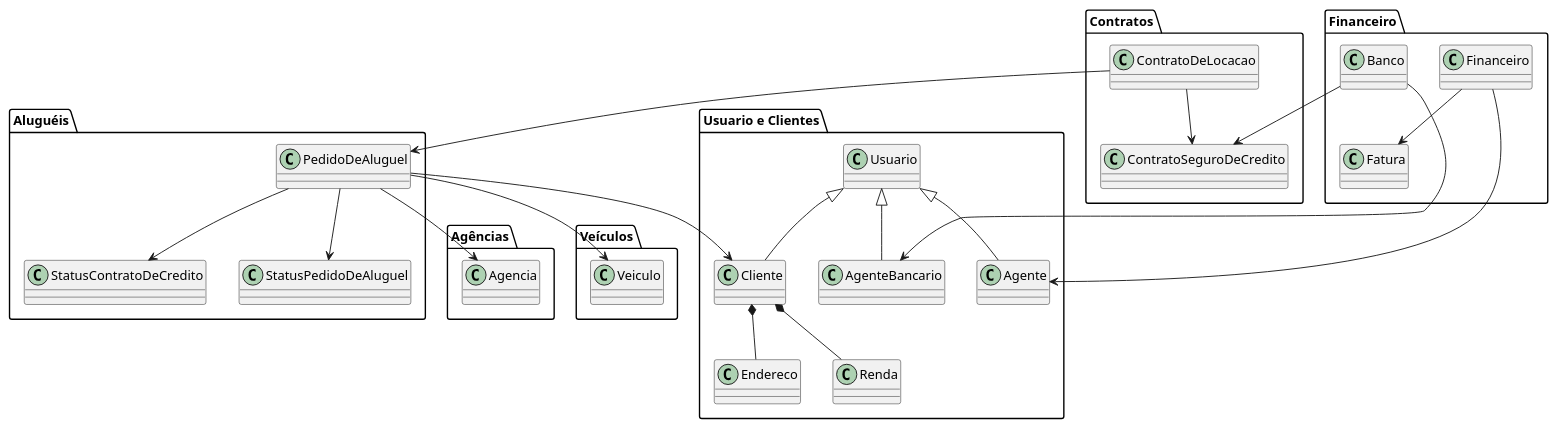
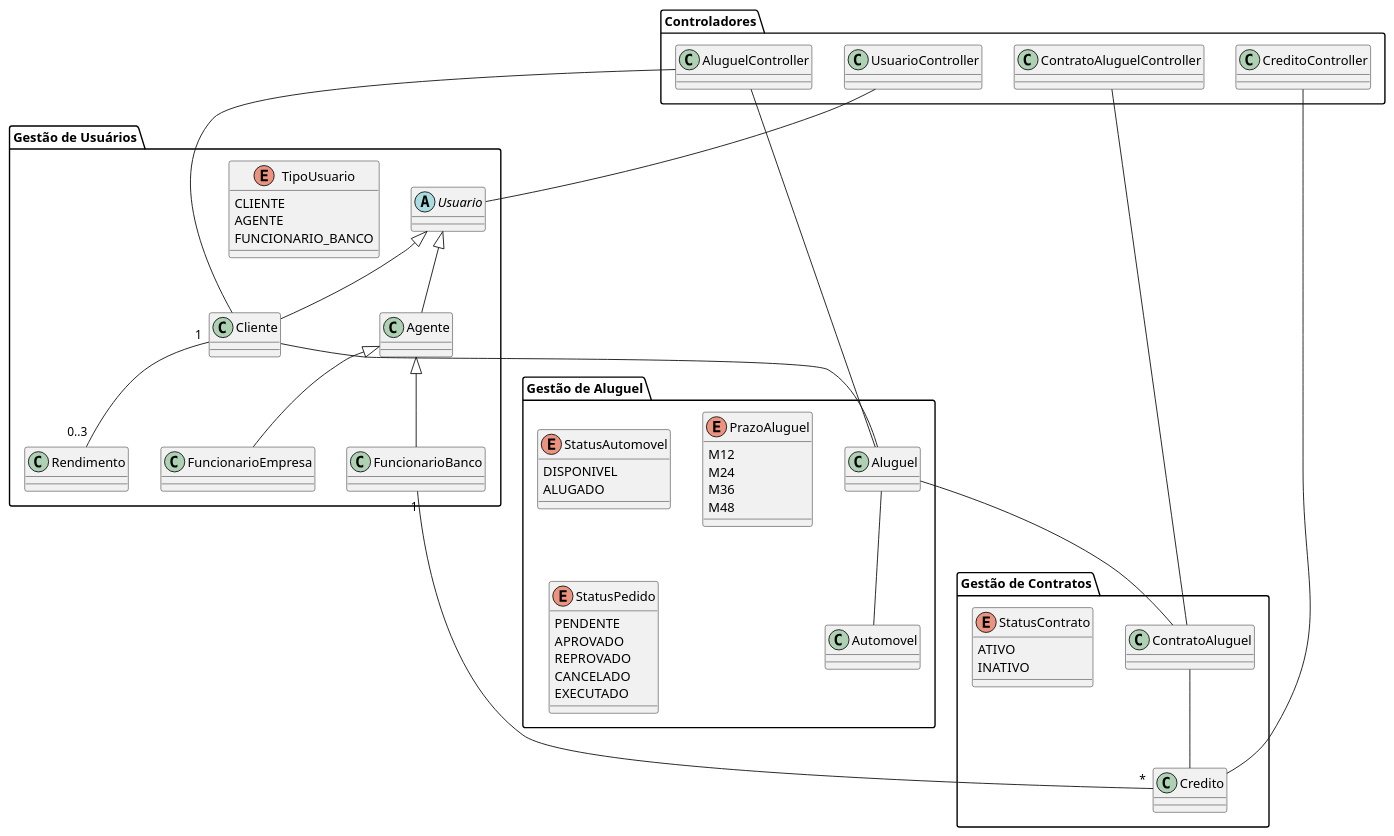
One commit to software-engineering-graduation/sistema_aluguel_carros-lds2024 changed the diagram in projeto/diagrama_de_pacotes.puml. Above: the diagram before and after it, drawn with PlantUML.

```diff
--- a/projeto/diagrama_de_pacotes.puml
+++ b/projeto/diagrama_de_pacotes.puml
@@ -1,56 +1,87 @@
-@startuml
+@startuml Diagrama
+package "Gestão de Usuários" {
+    abstract class Usuario
 
-package "Usuario e Clientes" {
-    class Usuario
     class Cliente
-    class Endereco
-    class Renda
+
     class Agente
-    class AgenteBancario
 
-    Cliente *-- Endereco
-    Cliente *-- Renda
+    class FuncionarioEmpresa
+
+    class FuncionarioBanco
+
+    class Rendimento
+
+    enum TipoUsuario {
+        CLIENTE
+        AGENTE
+        FUNCIONARIO_BANCO
+    }
 }
 
-package "Agências" {
-    class Agencia
+package "Gestão de Aluguel" {
+    class Aluguel
 
+    class Automovel
+
+    enum StatusAutomovel {
+        DISPONIVEL
+        ALUGADO
+    }
+
+    enum PrazoAluguel {
+        M12
+        M24
+        M36
+        M48
+    }
+
+    enum StatusPedido {
+        PENDENTE
+        APROVADO
+        REPROVADO
+        CANCELADO
+        EXECUTADO
+    }
 }
 
-package "Veículos" {
-    class Veiculo
+package "Gestão de Contratos" {
+    class ContratoAluguel
+
+    class Credito
+
+    enum StatusContrato {
+        ATIVO
+        INATIVO
+    }
 }
 
-package "Aluguéis" {
-    class PedidoDeAluguel
+package "Controladores" {
+    class AluguelController
 
-    PedidoDeAluguel --> Cliente
-    PedidoDeAluguel --> Agencia
-    PedidoDeAluguel --> Veiculo
-    PedidoDeAluguel --> StatusPedidoDeAluguel
-    PedidoDeAluguel --> StatusContratoDeCredito
+    class UsuarioController
+
+    class ContratoAluguelController
+
+    class CreditoController
 }
 
-package "Contratos" {
-    class ContratoDeLocacao
-    class ContratoSeguroDeCredito
-
-    ContratoDeLocacao --> PedidoDeAluguel
-    ContratoDeLocacao --> ContratoSeguroDeCredito
-}
-
-package "Financeiro" {
-    class Financeiro
-    class Banco
-
-    Financeiro --> Fatura
-    Financeiro --> Agente
-    Banco --> ContratoSeguroDeCredito
-    Banco --> AgenteBancario
-}
-
+' Relações entre as classes de Modelo
+Usuario <|-- Cliente
 Usuario <|-- Agente
-Usuario <|-- Cliente
-Usuario <|-- AgenteBancario
+Agente <|-- FuncionarioEmpresa
+Agente <|-- FuncionarioBanco
+Cliente "1" -- "0..3" Rendimento
+Cliente -- Aluguel
+Aluguel -- Automovel
+Aluguel -- ContratoAluguel
+ContratoAluguel -- Credito
+FuncionarioBanco "1" -- "*" Credito
+' Relações entre Controladores e Classes de Modelo
+AluguelController -- Aluguel
+AluguelController -- Cliente
+UsuarioController -- Usuario
+ContratoAluguelController -- ContratoAluguel
+CreditoController -- Credito
 
 @enduml
```
